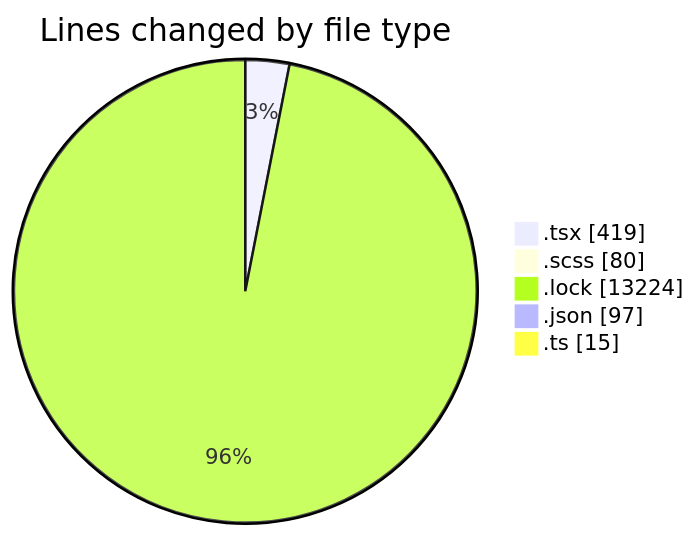
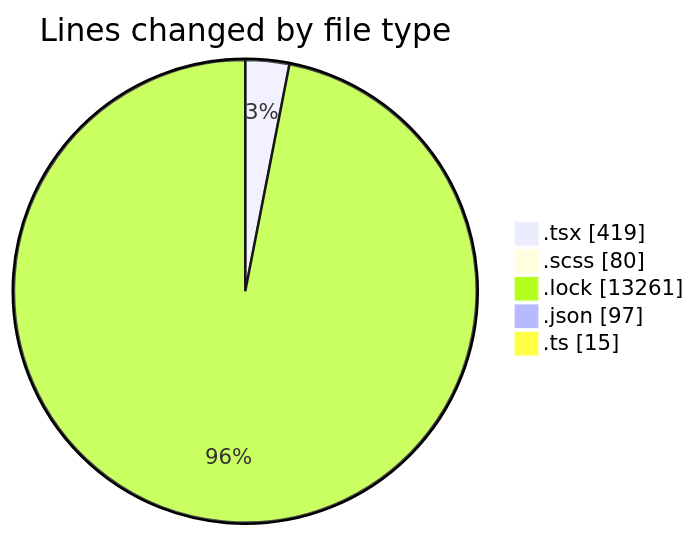
The first of 2 diagrams in 2025-05-06/cda/README.md (momahboobian/code-tracking), drawn with Mermaid before and after one commit. The commit also changed other lines of this file and 1 other file, not shown here.

````diff
--- a/2025-05-06/cda/README.md
+++ b/2025-05-06/cda/README.md
@@ -28,9 +28,9 @@
 ```mermaid
 pie showData
 title Lines changed by file type
 ".tsx" : 419
 ".scss" : 80
-".lock" : 13224
+".lock" : 13261
 ".json" : 97
 ".ts" : 15
 ```
````
